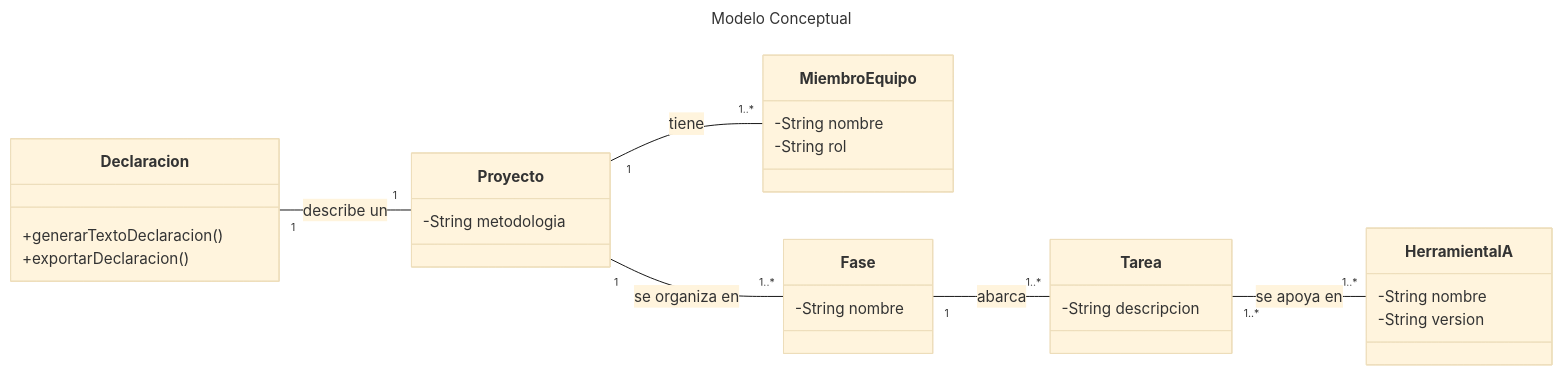
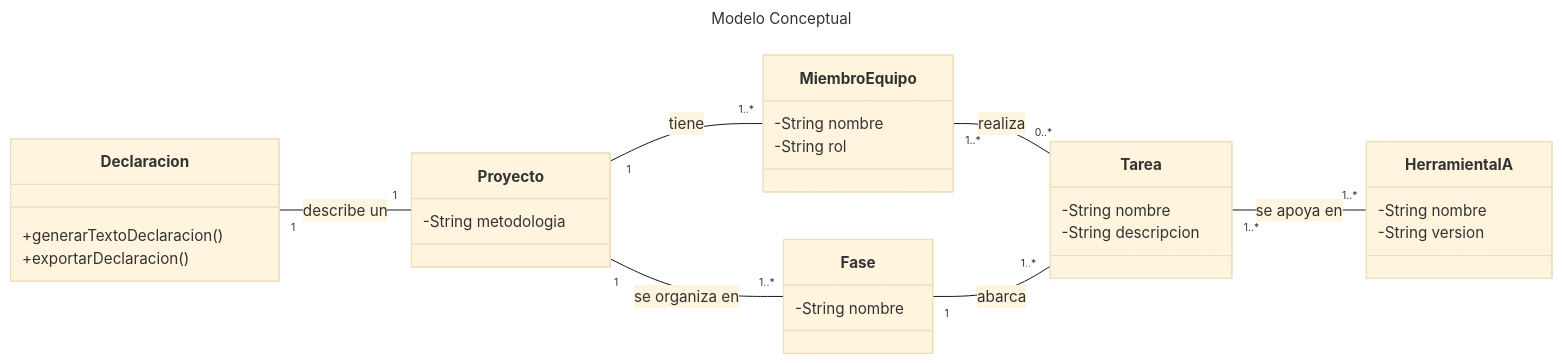
One commit to Lude2004/mda-pim-text-generation changed the diagram in diagram-clases/mermaid/mermaid.mmd. Above: the diagram before and after it, drawn with Mermaid (base theme). The commit also changed 5 other files, not shown here.

Commit message:
Actualización de los Diagramas

```diff
--- a/diagram-clases/mermaid/mermaid.mmd
+++ b/diagram-clases/mermaid/mermaid.mmd
@@ -1,39 +1,41 @@
 ---
 title: Modelo Conceptual
 ---
 classDiagram
 
-                            direction RL
-                                     
-                            class Declaracion {
-                                +generarTextoDeclaracion()
-                                +exportarDeclaracion()
-                            }
-                    
-                            class Proyecto {
-                                -String metodologia
-                            }
-                    
-                            class MiembroEquipo {
-                                -String nombre
-                                -String rol
-                            }
+    direction RL
+            
+    class Declaracion {
+        +generarTextoDeclaracion()
+        +exportarDeclaracion()
+    }
 
-                            class Fase {
-                                -String nombre
-                            }
-                            
-                            class Tarea {
-                                -String descripcion
-                            }
+    class Proyecto {
+        -String metodologia
+    }
 
-                            class HerramientaIA {
-                                -String nombre
-                                -String version 
-                            }
+    class MiembroEquipo {
+        -String nombre
+        -String rol
+    }
 
-                            Proyecto "1" -- "1" Declaracion : describe un
-                            MiembroEquipo "1..*" -- "1" Proyecto : tiene
-                            Fase "1..*" -- "1" Proyecto : se organiza en
-                            Tarea "1..*" -- "1" Fase : abarca
-                            HerramientaIA "1..*" -- "1..*" Tarea : se apoya en
+    class Fase {
+        -String nombre
+    }
+
+    class Tarea {
+        -String nombre
+        -String descripcion
+    }
+
+    class HerramientaIA {
+        -String nombre
+        -String version 
+    }
+
+    Proyecto "1" -- "1" Declaracion : describe un
+    MiembroEquipo "1..*" -- "1" Proyecto : tiene
+    Fase "1..*" -- "1" Proyecto : se organiza en
+    Tarea "0..*" -- "1..*" MiembroEquipo : realiza
+    Tarea "1..*" -- "1" Fase : abarca
+    HerramientaIA "1..*" -- "1..*" Tarea : se apoya en
```
